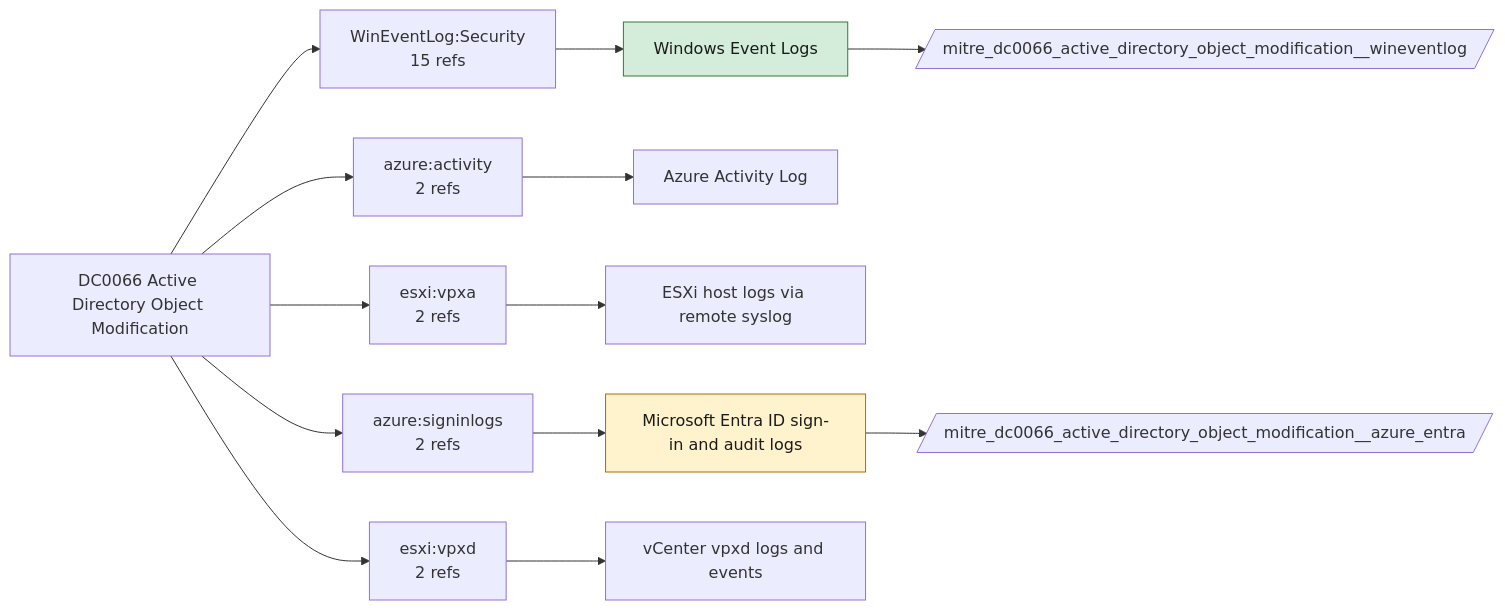
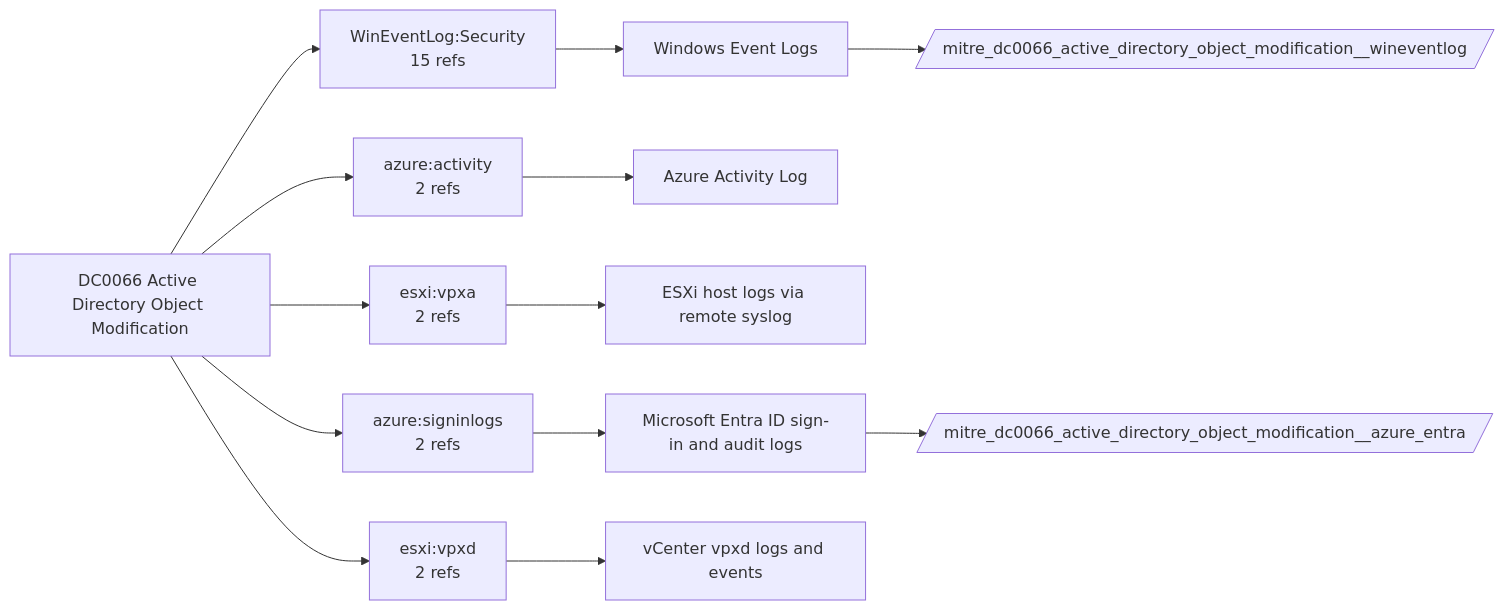
One commit to dev-nobytes-io/mitre-defensive-mappings-spl changed the diagram in docs/data-components/DC0066-active-directory-object-modification.md. Above: the diagram before and after it, drawn with Mermaid. The commit also changed other lines of this file and 366 other files, not shown here.

````diff
--- a/docs/data-components/DC0066-active-directory-object-modification.md
+++ b/docs/data-components/DC0066-active-directory-object-modification.md
@@ -19,25 +19,21 @@
 ```mermaid
 flowchart LR
   DC["DC0066 Active Directory Object Modification"]
   DC --> LS0["WinEventLog:Security<br/>15 refs"]
   F_wineventlog["Windows Event Logs"]
   LS0 --> F_wineventlog
   DC --> LS1["azure:activity<br/>2 refs"]
   F_azure_activity["Azure Activity Log"]
   LS1 --> F_azure_activity
   DC --> LS2["esxi:vpxa<br/>2 refs"]
   F_esxi_syslog["ESXi host logs via remote syslog"]
   LS2 --> F_esxi_syslog
   DC --> LS3["azure:signinlogs<br/>2 refs"]
   F_azure_entra["Microsoft Entra ID sign-in and audit logs"]
   LS3 --> F_azure_entra
   DC --> LS4["esxi:vpxd<br/>2 refs"]
   F_vcenter["vCenter vpxd logs and events"]
   LS4 --> F_vcenter
+  F_azure_entra --> ET_azure_entra[/"mitre_dc0066_active_directory_object_modification__azure_entra"/]
   F_wineventlog --> ET_wineventlog[/"mitre_dc0066_active_directory_object_modification__wineventlog"/]
-  class F_wineventlog live
-  F_azure_entra --> ET_azure_entra[/"mitre_dc0066_active_directory_object_modification__azure_entra"/]
-  class F_azure_entra ready
-  classDef live fill:#d4edda,stroke:#2e7d32,color:#1b1b1b
-  classDef ready fill:#fff3cd,stroke:#b26a00,color:#1b1b1b
 ```
````
